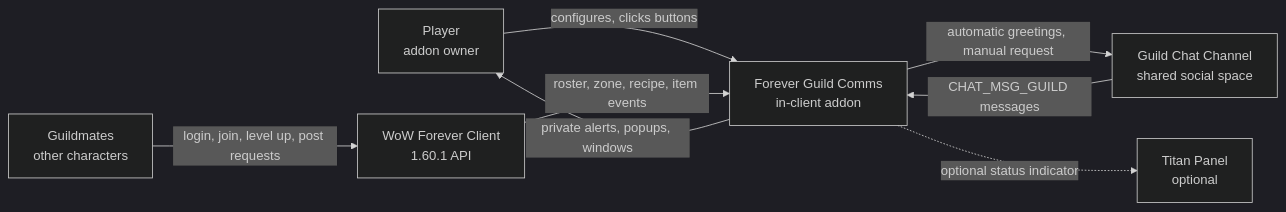
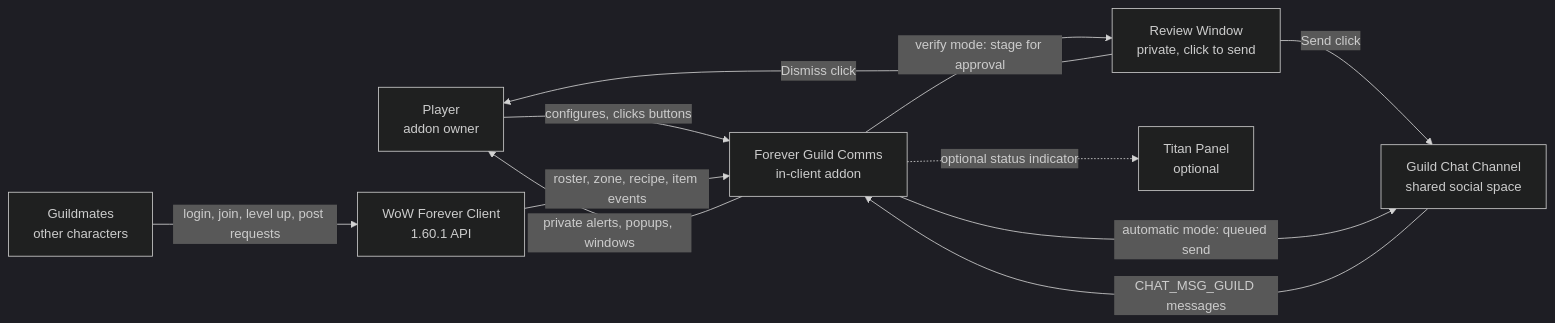
Before and after one commit to mreillyorg/ForeverGuildComms: the diagram in aidlc-docs/inception/reverse-engineering/business-overview.md, drawn with Mermaid (dark theme). The commit also changed other lines of this file and 21 other files, not shown here.

````diff
--- a/aidlc-docs/inception/reverse-engineering/business-overview.md
+++ b/aidlc-docs/inception/reverse-engineering/business-overview.md
@@ -5,17 +8,21 @@
 ```mermaid
 flowchart LR
     Player["Player<br/>addon owner"]
     Guildmates["Guildmates<br/>other characters"]
     Addon["Forever Guild Comms<br/>in-client addon"]
+    Review["Review Window<br/>private, click to send"]
     GuildChat["Guild Chat Channel<br/>shared social space"]
     Client["WoW Forever Client<br/>1.60.1 API"]
     Titan["Titan Panel<br/>optional"]
 
     Player -->|"configures, clicks buttons"| Addon
     Addon -->|"private alerts, popups, windows"| Player
-    Addon -->|"automatic greetings, manual request"| GuildChat
+    Addon -->|"verify mode: stage for approval"| Review
+    Review -->|"Send click"| GuildChat
+    Review -->|"Dismiss click"| Player
+    Addon -->|"automatic mode: queued send"| GuildChat
     GuildChat -->|"CHAT_MSG_GUILD messages"| Addon
     Client -->|"roster, zone, recipe, item events"| Addon
     Guildmates -->|"login, join, level up, post requests"| Client
     Addon -.->|"optional status indicator"| Titan
 ```
````
